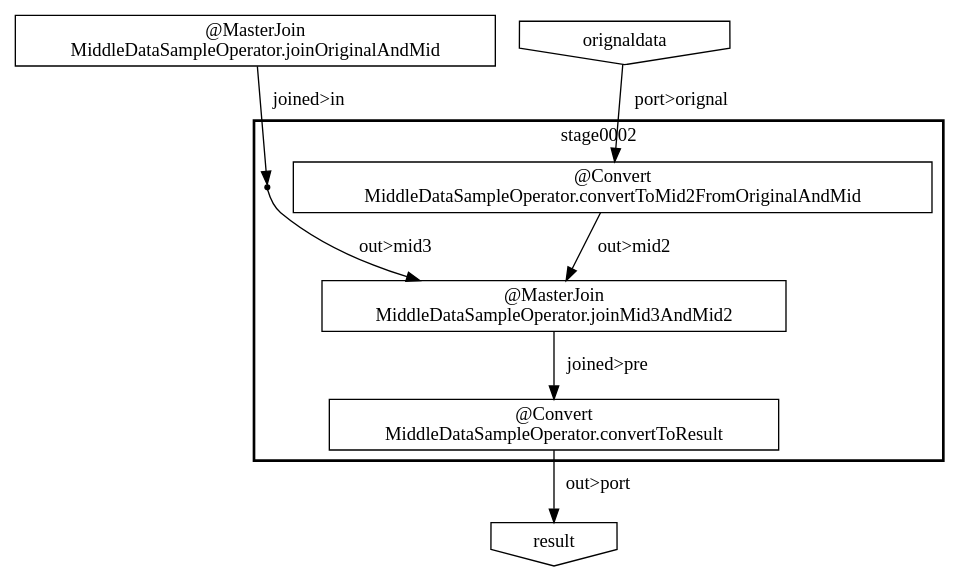
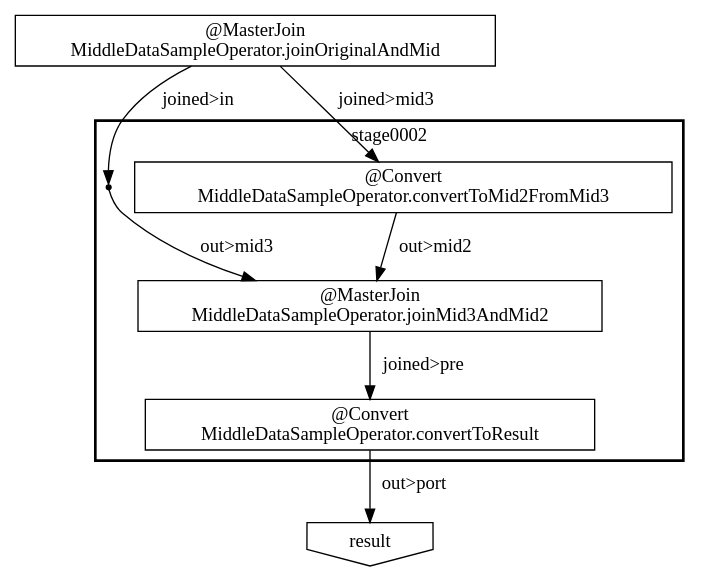
The diagram in target/batchc/mdsBatch/opt/dsl-analysis/jobflow/TheMiddataSampleJobFlow/stageblock-2.dot (ironpeace/AsakusaMiddleDataSample), drawn with Graphviz before and after one commit. The commit also changed 62 other files, not shown here.

```diff
--- a/target/batchc/mdsBatch/opt/dsl-analysis/jobflow/TheMiddataSampleJobFlow/stageblock-2.dot
+++ b/target/batchc/mdsBatch/opt/dsl-analysis/jobflow/TheMiddataSampleJobFlow/stageblock-2.dot
@@ -1,19 +1,18 @@
 digraph {
-    "df17c6c8-e5e5-480d-8b51-6510c2c82180" [shape=box, label="@MasterJoin\nMiddleDataSampleOperator.joinOriginalAndMid"];
-    subgraph "cluster_4d40630f-07f3-4d72-8430-0cfea25353d8" {
+    "6e989493-c2b3-4a10-8621-f05b79da2c30" [shape=box, label="@MasterJoin\nMiddleDataSampleOperator.joinOriginalAndMid"];
+    subgraph "cluster_32e337cd-8bd4-4b5d-8a9e-d43c851a3ff7" {
         label = "stage0002";
         style = bold;
-        "f194c7f0-6dc2-47e5-a42a-5f83f2ebc70d" [shape=box, label="@Convert\nMiddleDataSampleOperator.convertToMid2FromOriginalAndMid"];
-        "b11ecfa8-248a-4255-b6e9-ad1268183ea1" [shape=point];
-        "6fd82d81-d70d-4530-92c6-ff2a18c1ecfc" [shape=box, label="@MasterJoin\nMiddleDataSampleOperator.joinMid3AndMid2"];
-        "194c4eaf-7268-4bdd-8d20-9bdb2d046f82" [shape=box, label="@Convert\nMiddleDataSampleOperator.convertToResult"];
+        "05f2b12d-6d86-4a3c-a7ca-741a42382f15" [shape=box, label="@MasterJoin\nMiddleDataSampleOperator.joinMid3AndMid2"];
+        "dad1b06a-73e3-4c58-8135-9bf420209229" [shape=box, label="@Convert\nMiddleDataSampleOperator.convertToResult"];
+        "bd7ab677-7702-4a09-a4b7-6c1cd81842fb" [shape=point];
+        "cb6c29d8-01a7-4a9a-905a-f4910c319502" [shape=box, label="@Convert\nMiddleDataSampleOperator.convertToMid2FromMid3"];
     }
-    "0b6fa51a-3f86-4052-8315-8ded660daf2f" [shape=invhouse, label="orignaldata"];
-    "82b6c26b-f2d8-4d92-820d-f3ef9316487b" [shape=invhouse, label="result"];
-    "0b6fa51a-3f86-4052-8315-8ded660daf2f" -> "f194c7f0-6dc2-47e5-a42a-5f83f2ebc70d" [label="port>orignal"];
-    "df17c6c8-e5e5-480d-8b51-6510c2c82180" -> "b11ecfa8-248a-4255-b6e9-ad1268183ea1" [label="joined>in"];
-    "f194c7f0-6dc2-47e5-a42a-5f83f2ebc70d" -> "6fd82d81-d70d-4530-92c6-ff2a18c1ecfc" [label="out>mid2"];
-    "b11ecfa8-248a-4255-b6e9-ad1268183ea1" -> "6fd82d81-d70d-4530-92c6-ff2a18c1ecfc" [label="out>mid3"];
-    "194c4eaf-7268-4bdd-8d20-9bdb2d046f82" -> "82b6c26b-f2d8-4d92-820d-f3ef9316487b" [label="out>port"];
-    "6fd82d81-d70d-4530-92c6-ff2a18c1ecfc" -> "194c4eaf-7268-4bdd-8d20-9bdb2d046f82" [label="joined>pre"];
+    "1b002792-88ff-4a32-8409-7b7097b5fe22" [shape=invhouse, label="result"];
+    "cb6c29d8-01a7-4a9a-905a-f4910c319502" -> "05f2b12d-6d86-4a3c-a7ca-741a42382f15" [label="out>mid2"];
+    "bd7ab677-7702-4a09-a4b7-6c1cd81842fb" -> "05f2b12d-6d86-4a3c-a7ca-741a42382f15" [label="out>mid3"];
+    "dad1b06a-73e3-4c58-8135-9bf420209229" -> "1b002792-88ff-4a32-8409-7b7097b5fe22" [label="out>port"];
+    "05f2b12d-6d86-4a3c-a7ca-741a42382f15" -> "dad1b06a-73e3-4c58-8135-9bf420209229" [label="joined>pre"];
+    "6e989493-c2b3-4a10-8621-f05b79da2c30" -> "cb6c29d8-01a7-4a9a-905a-f4910c319502" [label="joined>mid3"];
+    "6e989493-c2b3-4a10-8621-f05b79da2c30" -> "bd7ab677-7702-4a09-a4b7-6c1cd81842fb" [label="joined>in"];
 }
```
